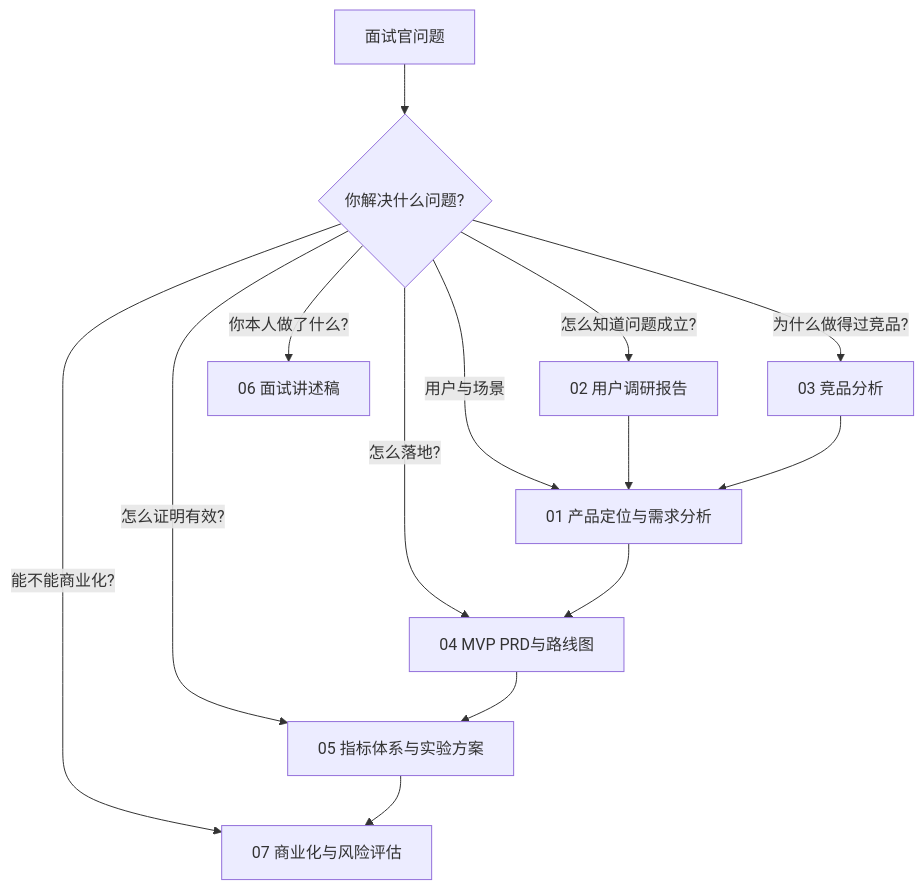
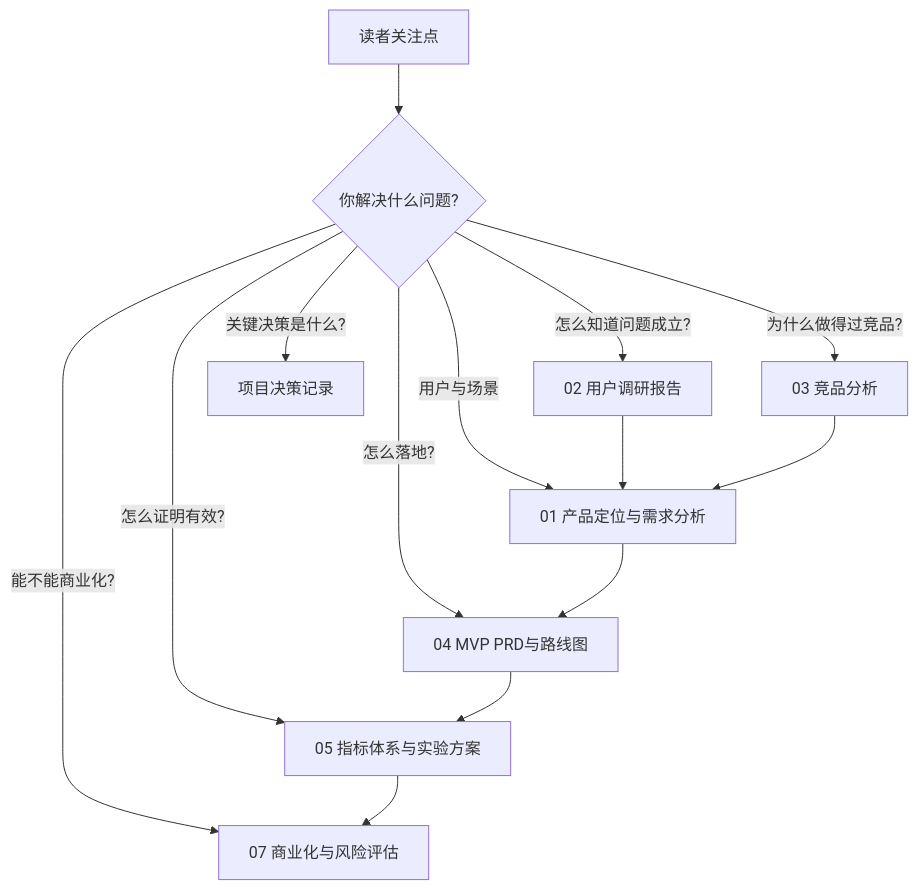
Before and after one commit to yemuxue/code-review-agent: the second of 2 diagrams in docs/product-manager/00_事实基线与作品集说明.md, drawn with Mermaid. The commit also changed other lines of this file and 39 other files, not shown here.

````diff
--- a/docs/product-manager/00_事实基线与作品集说明.md
+++ b/docs/product-manager/00_事实基线与作品集说明.md
@@ -52,16 +52,16 @@
 ```mermaid
 flowchart TD
-    S[面试官问题] --> Q1{你解决什么问题?}
+    S[读者关注点] --> Q1{你解决什么问题?}
     Q1 -->|用户与场景| P1[01 产品定位与需求分析]
     Q1 -->|怎么知道问题成立?| P2[02 用户调研报告]
     Q1 -->|为什么做得过竞品?| P3[03 竞品分析]
     Q1 -->|怎么落地?| P4[04 MVP PRD与路线图]
     Q1 -->|怎么证明有效?| P5[05 指标体系与实验方案]
     Q1 -->|能不能商业化?| P6[07 商业化与风险评估]
-    Q1 -->|你本人做了什么?| P7[06 面试讲述稿]
+    Q1 -->|关键决策是什么?| P7[项目决策记录]
     P1 --> P4
     P2 --> P1
     P3 --> P1
     P4 --> P5
     P5 --> P6
 ```
````
